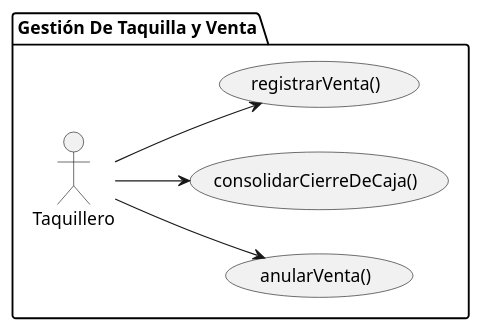
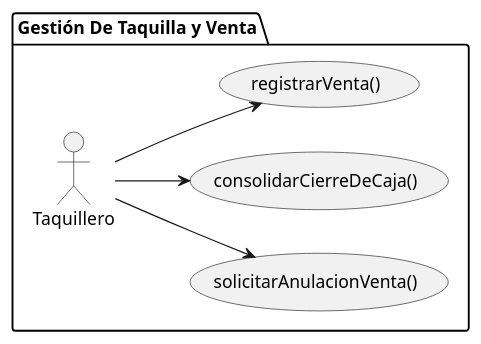
Before and after one commit to aeRomeroz/pyTicketing: the diagram in UML/00-requisitos/01-actores-casosDeUso/00-actores/Taquillero/DdCdU-taquillero.puml, drawn with PlantUML. The commit also changed 11 other files, not shown here.

Commit message:
feat(diagrams): estandarizar casos de uso de Taquillero y desacoplar solicitud de anulación

```diff
--- a/UML/00-requisitos/01-actores-casosDeUso/00-actores/Taquillero/DdCdU-taquillero.puml
+++ b/UML/00-requisitos/01-actores-casosDeUso/00-actores/Taquillero/DdCdU-taquillero.puml
@@ -1,20 +1,20 @@
 @startuml diagrama-casos-uso-taquillero
 
 left to right direction
 
 package "Gestión De Taquilla y Venta" {
 
     actor "Taquillero" as taquillero
 
-    usecase anularVenta as "anularVenta()"
+    usecase solicitarAnulacionVenta as "solicitarAnulacionVenta()"
     usecase consolidarCierreDeCaja as "consolidarCierreDeCaja()"
     usecase registrarVenta as "registrarVenta()"
  
 }
 
-taquillero --> anularVenta
+taquillero --> solicitarAnulacionVenta
 taquillero --> consolidarCierreDeCaja
 taquillero --> registrarVenta
 
 
 @enduml
```
